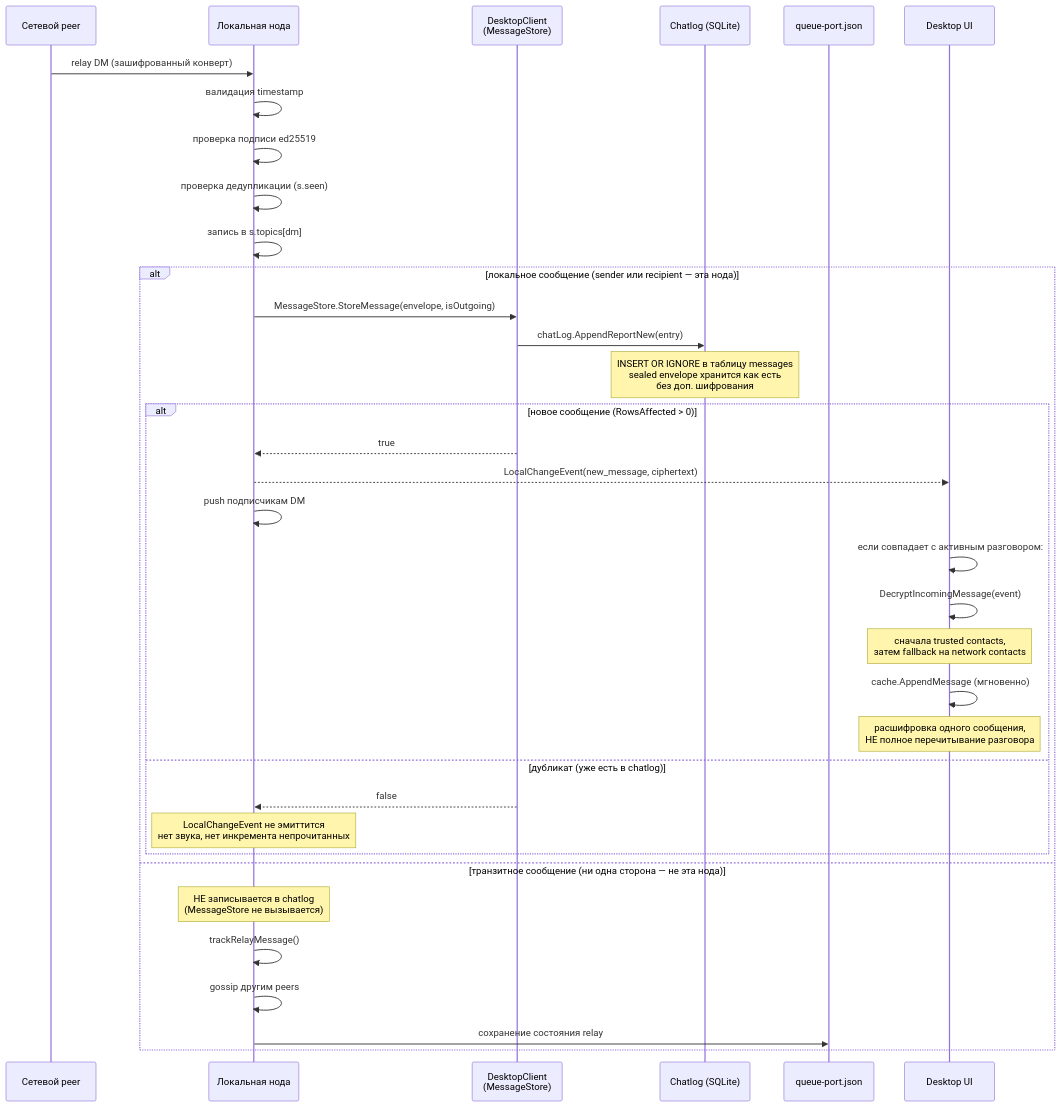
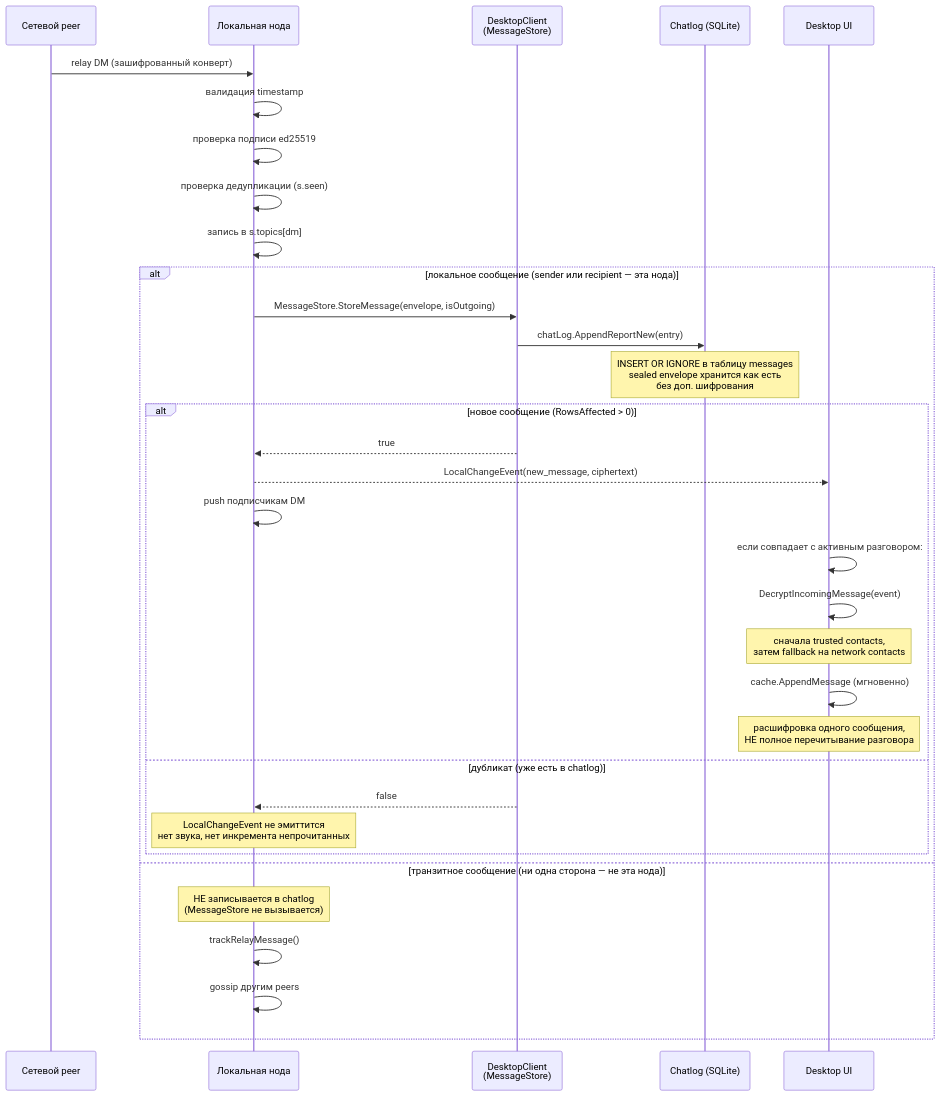
Diagram 11 of 16 in docs/chatlog.md (piratecash/corsa), drawn with Mermaid before and after one commit. The commit also changed other lines of this file and 67 other files, not shown here.

````diff
--- a/docs/chatlog.md
+++ b/docs/chatlog.md
@@ -844,38 +830,36 @@
 ```mermaid
 sequenceDiagram
     participant NET as Сетевой peer
     participant NODE as Локальная нода
     participant SVC as DesktopClient<br/>(MessageStore)
     participant LOG as Chatlog (SQLite)
-    participant QUEUE as queue-port.json
     participant UI as Desktop UI
 
     NET->>NODE: relay DM (зашифрованный конверт)
     NODE->>NODE: валидация timestamp
     NODE->>NODE: проверка подписи ed25519
     NODE->>NODE: проверка дедупликации (s.seen)
     NODE->>NODE: запись в s.topics[dm]
     alt локальное сообщение (sender или recipient — эта нода)
         NODE->>SVC: MessageStore.StoreMessage(envelope, isOutgoing)
         SVC->>LOG: chatLog.AppendReportNew(entry)
         Note over LOG: INSERT OR IGNORE в таблицу messages<br/>sealed envelope хранится как есть<br/>без доп. шифрования
         alt новое сообщение (RowsAffected > 0)
             SVC-->>NODE: true
             NODE-->>UI: LocalChangeEvent(new_message, ciphertext)
             NODE->>NODE: push подписчикам DM
             UI->>UI: если совпадает с активным разговором:
             UI->>UI:   DecryptIncomingMessage(event)
             Note over UI: сначала trusted contacts,<br/>затем fallback на network contacts
             UI->>UI:   cache.AppendMessage (мгновенно)
             Note over UI: расшифровка одного сообщения,<br/>НЕ полное перечитывание разговора
         else дубликат (уже есть в chatlog)
             SVC-->>NODE: false
             Note over NODE: LocalChangeEvent не эмиттится<br/>нет звука, нет инкремента непрочитанных
         end
     else транзитное сообщение (ни одна сторона — не эта нода)
         Note over NODE: НЕ записывается в chatlog<br/>(MessageStore не вызывается)
         NODE->>NODE: trackRelayMessage()
         NODE->>NODE: gossip другим peers
-        NODE->>QUEUE: сохранение состояния relay
     end
 ```
````
